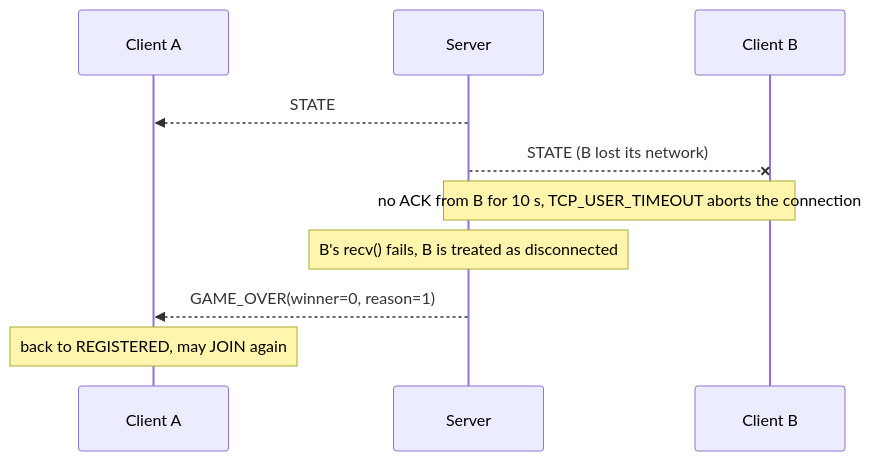
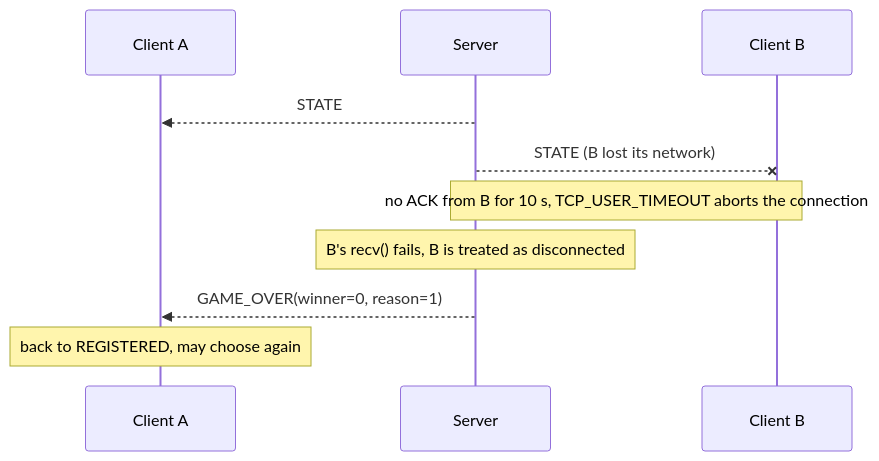
One commit to mgarciac10/ProyectoN1-Pong changed the fourth of 4 diagrams in README.md. Above: the diagram before and after it, drawn with Mermaid. The commit also changed other lines of this file and 20 other files, not shown here.

````diff
--- a/README.md
+++ b/README.md
@@ -343,12 +375,12 @@
 ```mermaid
 sequenceDiagram
     participant A as Client A
     participant S as Server
     participant B as Client B
     S-->>A: STATE
     S--xB: STATE (B lost its network)
     Note over S,B: no ACK from B for 10 s, TCP_USER_TIMEOUT aborts the connection
     Note over S: B's recv() fails, B is treated as disconnected
     S-->>A: GAME_OVER(winner=0, reason=1)
-    Note over A: back to REGISTERED, may JOIN again
+    Note over A: back to REGISTERED, may choose again
 ```
````
